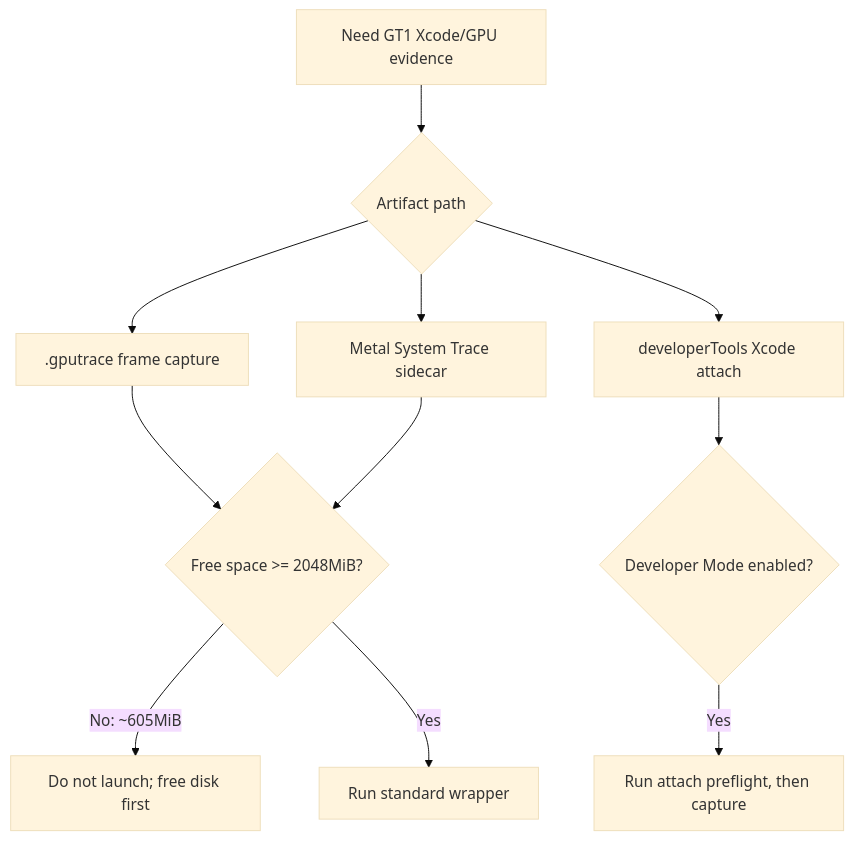
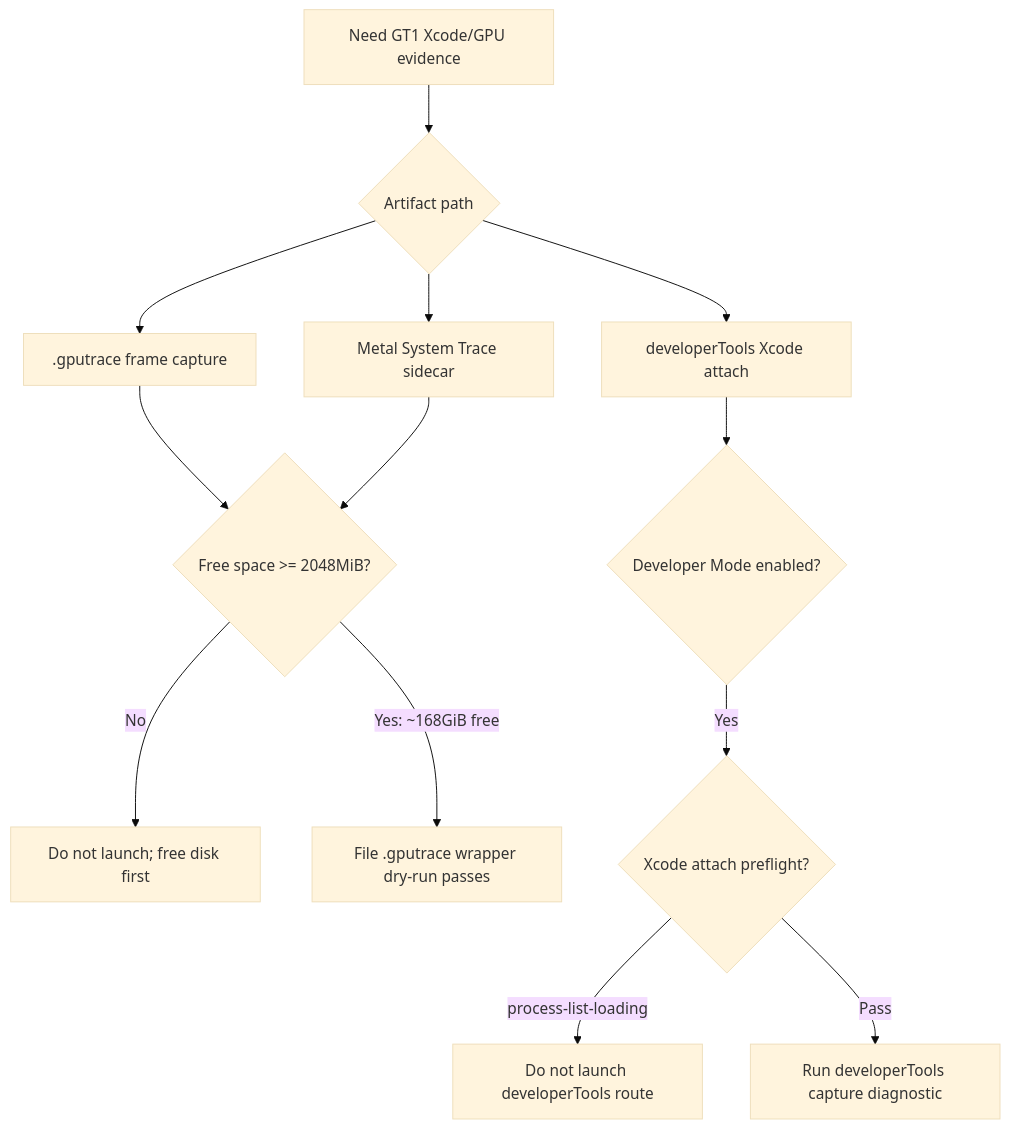
The diagram in docs/perfomance/baselines/baselines-gputrace-preflight.02.md (dfdgsdfg/dxmt9), drawn with Mermaid (base theme) before and after one commit. The commit also changed other lines of this file and 127 other files, not shown here.

````diff
--- a/docs/perfomance/baselines/baselines-gputrace-preflight.02.md
+++ b/docs/perfomance/baselines/baselines-gputrace-preflight.02.md
@@ -27,16 +37,17 @@
 ```mermaid
 flowchart TD
   A["Need GT1 Xcode/GPU evidence"] --> B{"Artifact path"}
   B --> C[".gputrace frame capture"]
   B --> D["Metal System Trace sidecar"]
   B --> E["developerTools Xcode attach"]
 
   C --> F{"Free space >= 2048MiB?"}
   D --> F
-  F -- "No: ~605MiB" --> X["Do not launch; free disk first"]
+  F -- "No" --> X["Do not launch; free disk first"]
+  F -- "Yes: ~168GiB free" --> H["File .gputrace wrapper dry-run passes"]
 
   E --> G{"Developer Mode enabled?"}
-  G -- "Yes" --> I["Run attach preflight, then capture"]
-
-  F -- "Yes" --> H["Run standard wrapper"]
+  G -- "Yes" --> I{"Xcode attach preflight?"}
+  I -- "process-list-loading" --> Y["Do not launch developerTools route"]
+  I -- "Pass" --> Z["Run developerTools capture diagnostic"]
 ```
````
